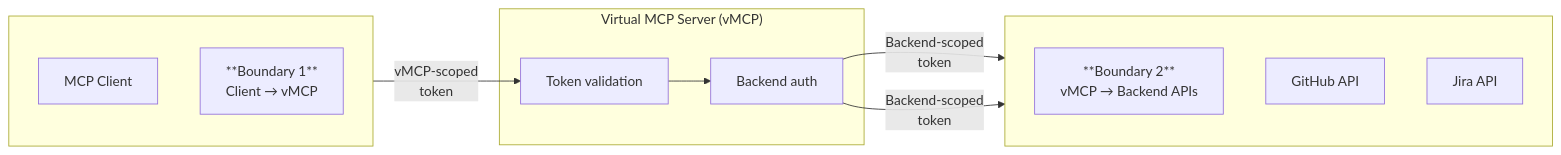
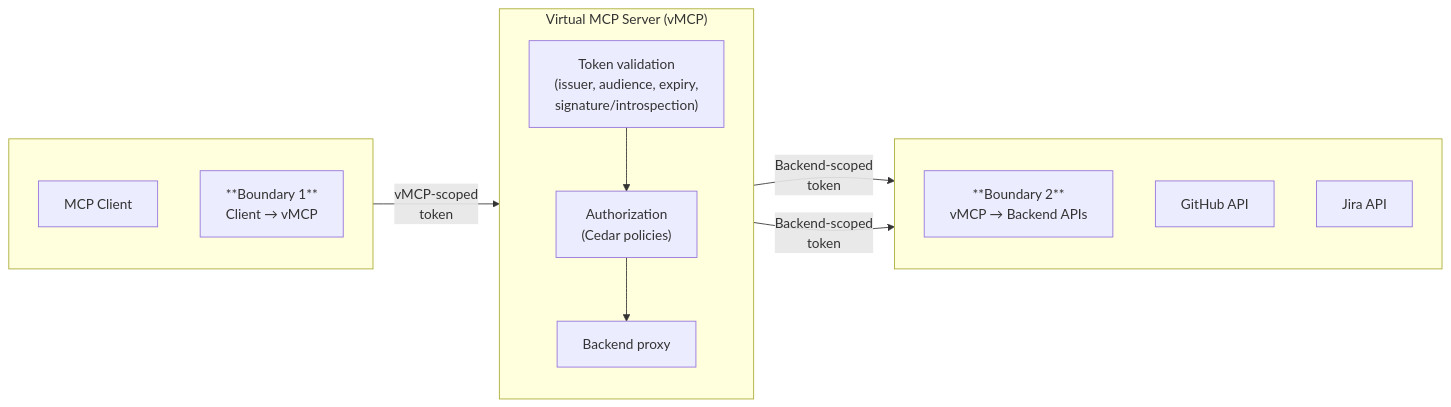
The first of 2 diagrams in docs/toolhive/guides-vmcp/authentication.mdx (stacklok/docs-website), drawn with Mermaid before and after one commit. The commit also changed other lines of this file, not shown here.

First line of the commit message:
Expand vMCP two-boundary auth diagram and descriptions (#681)

````diff
--- a/docs/toolhive/guides-vmcp/authentication.mdx
+++ b/docs/toolhive/guides-vmcp/authentication.mdx
@@ -12,25 +12,27 @@
 ```mermaid
 flowchart LR
     subgraph Boundary1[" "]
         direction TB
         Client[MCP Client]
         B1Label["**Boundary 1**<br>Client → vMCP"]
     end
 
     subgraph vMCP["Virtual MCP Server (vMCP)"]
-        Auth[Token validation]
-        Backend[Backend auth]
+        direction TB
+        Auth["Token validation<br>(issuer, audience, expiry,<br>signature/introspection)"]
+        Authz["Authorization<br>(Cedar policies)"]
+        Proxy[Backend proxy]
+        Auth --> Authz --> Proxy
     end
 
     subgraph Boundary2[" "]
         direction TB
         B2Label["**Boundary 2**<br>vMCP → Backend APIs"]
         GitHub[GitHub API]
         Jira[Jira API]
     end
 
     Client -->|"vMCP-scoped<br>token"| Auth
-    Auth --> Backend
-    Backend -->|"Backend-scoped<br>token"| GitHub
-    Backend -->|"Backend-scoped<br>token"| Jira
+    Proxy -->|"Backend-scoped<br>token"| GitHub
+    Proxy -->|"Backend-scoped<br>token"| Jira
 ```
````
